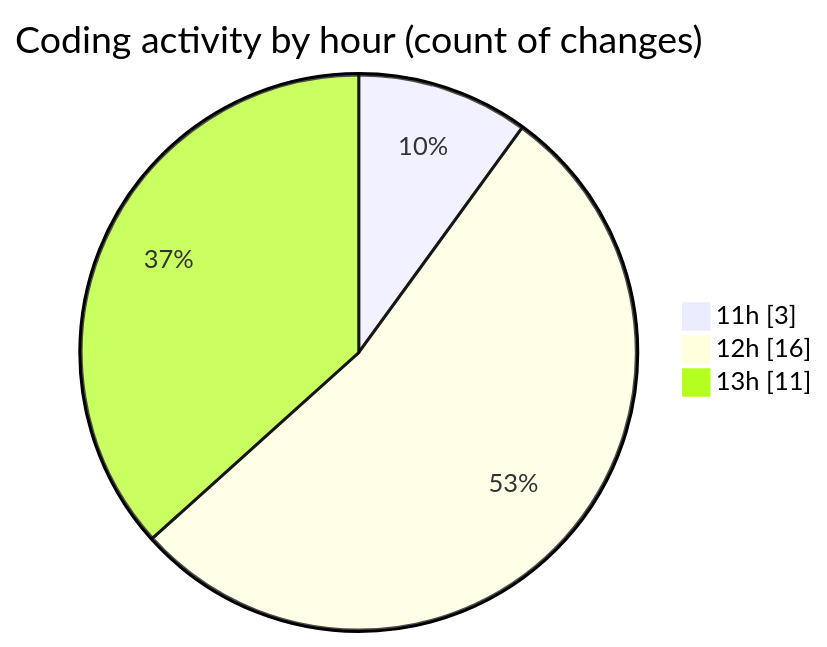
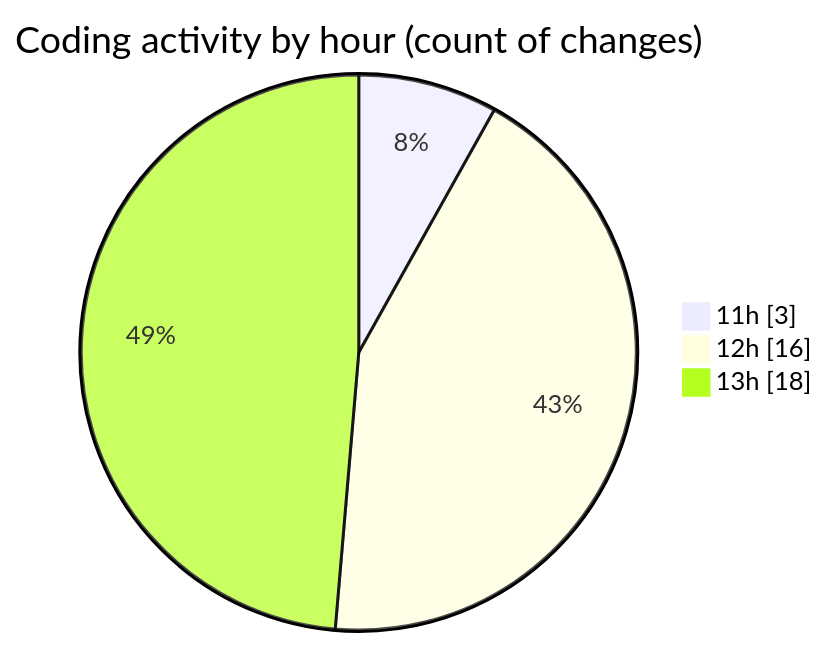
One commit to nxtqubesakshisongat/code-tracking changed the second of 2 diagrams in 2025-06-03/nxtqube_webapp/README.md. Above: the diagram before and after it, drawn with Mermaid. The commit also changed other lines of this file and 1 other file, not shown here.

````diff
--- a/2025-06-03/nxtqube_webapp/README.md
+++ b/2025-06-03/nxtqube_webapp/README.md
@@ -28,7 +28,7 @@
 ```mermaid
 pie showData
 title Coding activity by hour (count of changes)
 "11h" : 3
 "12h" : 16
-"13h" : 11
+"13h" : 18
 ```
````
